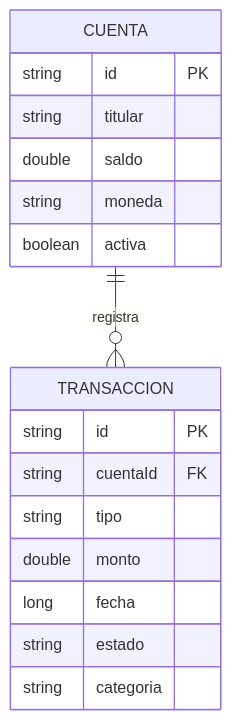
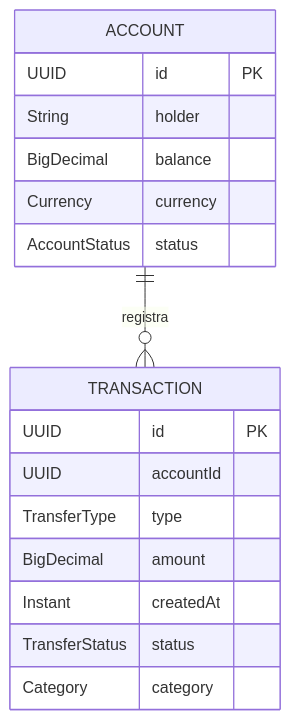
The diagram in docs/transferencias/entidades.md (crislisandronunez/lab-concurrency-parallelism), drawn with Mermaid before and after one commit. The commit also changed other lines of this file and 3 other files, not shown here.

````diff
--- a/docs/transferencias/entidades.md
+++ b/docs/transferencias/entidades.md
@@ -37,20 +44,20 @@
 ```mermaid
- erDiagram
-    CUENTA ||--o{ TRANSACCION: registra
-    CUENTA {
-        string id PK
-        string titular
-        double saldo
-        string moneda
-        boolean activa
+erDiagram
+    ACCOUNT ||--o{ TRANSACTION: registra
+    ACCOUNT {
+        UUID id PK
+        String holder
+        BigDecimal balance
+        Currency currency
+        AccountStatus status
     }
-    TRANSACCION {
-        string id PK
-        string cuentaId FK
-        string tipo
-        double monto
-        long fecha
-        string estado
-        string categoria
+    TRANSACTION {
+        UUID id PK
+        UUID accountId
+        TransferType type
+        BigDecimal amount
+        Instant createdAt
+        TransferStatus status
+        Category category
     }
 ```
````
